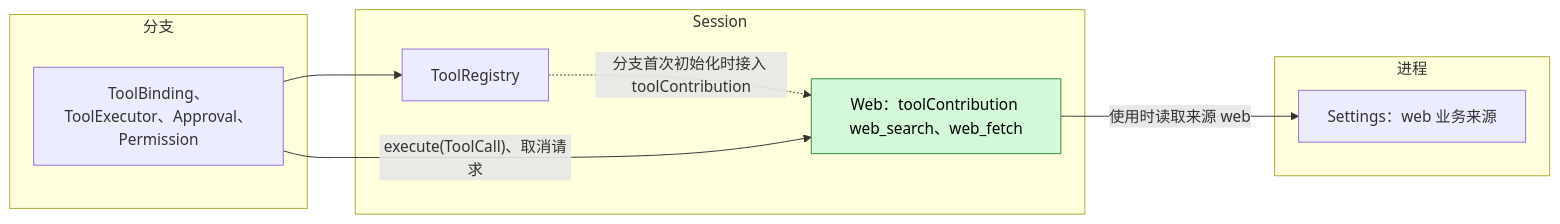
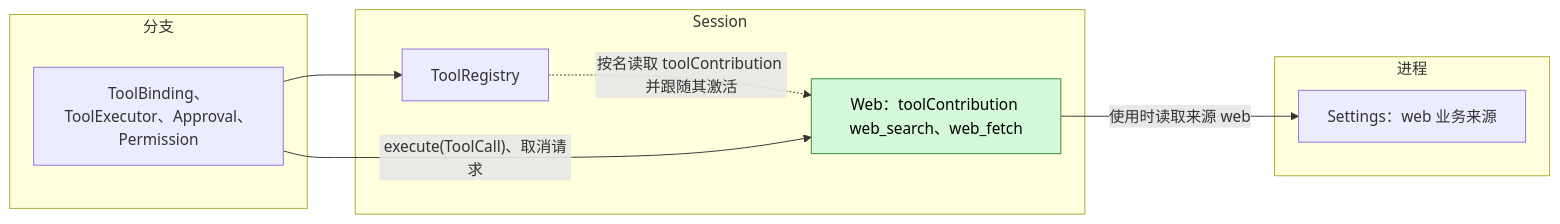
One commit to CoutinhoTTS/dim-agent changed the first of 5 diagrams in docs/zh/design/plugins/Web.md. Above: the diagram before and after it, drawn with Mermaid. The commit also changed other lines of this file and 16 other files, not shown here.

````diff
--- a/docs/zh/design/plugins/Web.md
+++ b/docs/zh/design/plugins/Web.md
@@ -9,18 +9,18 @@
 ```mermaid
 flowchart LR
   subgraph PROC["进程"]
     Settings["Settings：web 业务来源"]
   end
   subgraph SESS["Session"]
     Web["Web：toolContribution web_search、web_fetch"]:::new
     ToolRegistry["ToolRegistry"]
   end
   subgraph BR["分支"]
     Exec["ToolBinding、ToolExecutor、Approval、Permission"]
   end
   Web -->|"使用时读取来源 web"| Settings
-  ToolRegistry -.->|"分支首次初始化时接入 toolContribution"| Web
+  ToolRegistry -.->|"按名读取 toolContribution 并跟随其激活"| Web
   Exec --> ToolRegistry
   Exec -->|"execute(ToolCall)、取消请求"| Web
   classDef new fill:#d3f9d8,stroke:#2b8a3e,color:#000
 ```
````
